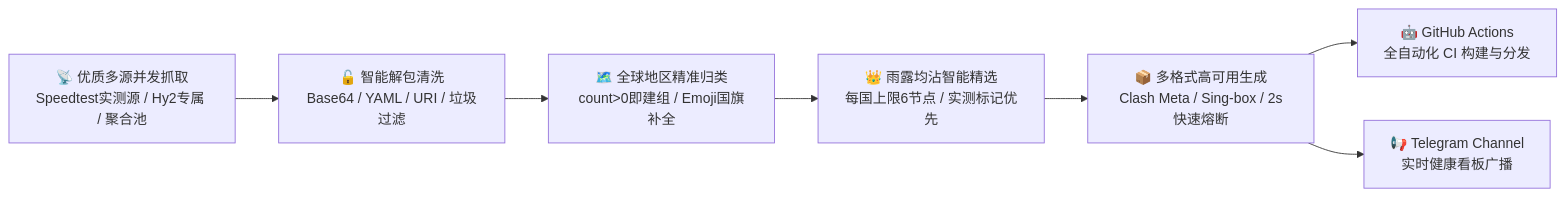
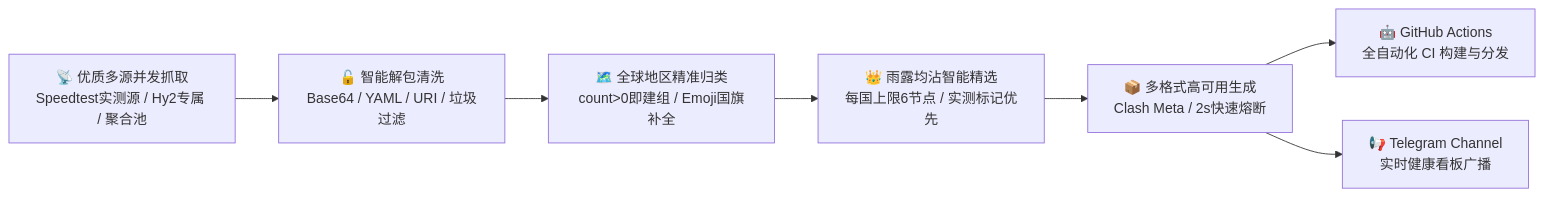
Before and after one commit to lanzm/MetaFetch: the diagram in README.md, drawn with Mermaid. The commit also changed other lines of this file and 5 other files, not shown here.

First line of the commit message:
refactor(core): 移除 Sing-box 生成逻辑，精简订阅格式专注于 Clash 与通用 Base64

````diff
--- a/README.md
+++ b/README.md
@@ -116,9 +96,9 @@
 ```mermaid
 graph LR
     A[📡 优质多源并发抓取<br/>Speedtest实测源 / Hy2专属 / 聚合池] --> B[🔓 智能解包清洗<br/>Base64 / YAML / URI / 垃圾过滤]
     B --> C[🗺️ 全球地区精准归类<br/>count>0即建组 / Emoji国旗补全]
     C --> D[👑 雨露均沾智能精选<br/>每国上限6节点 / 实测标记优先]
-    D --> E[📦 多格式高可用生成<br/>Clash Meta / Sing-box / 2s快速熔断]
+    D --> E[📦 多格式高可用生成<br/>Clash Meta / 2s快速熔断]
     E --> F[🤖 GitHub Actions<br/>全自动化 CI 构建与分发]
     E --> G[📢 Telegram Channel<br/>实时健康看板广播]
 ```
````
